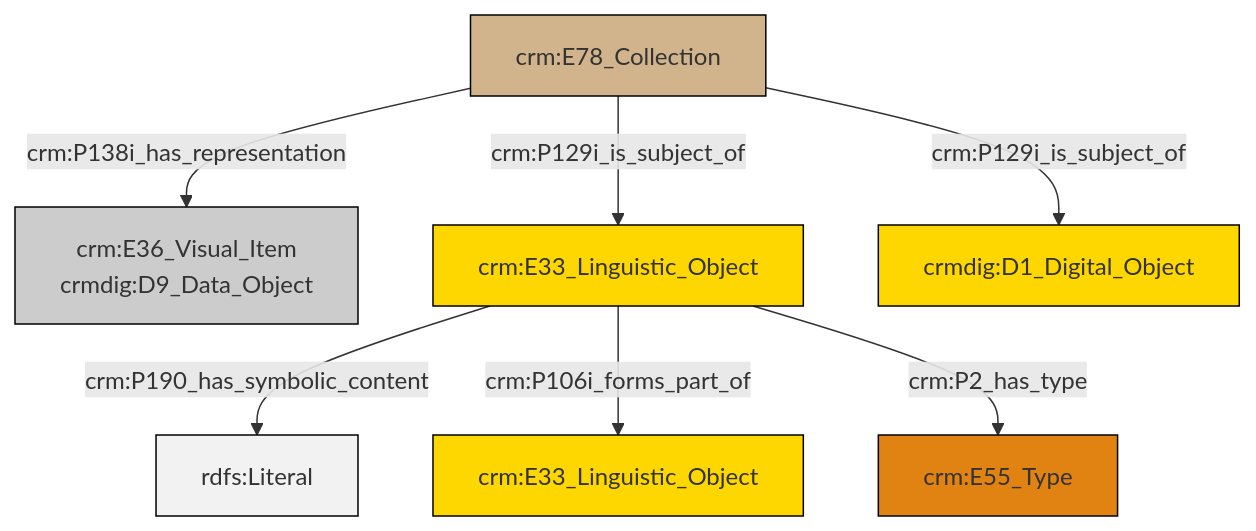
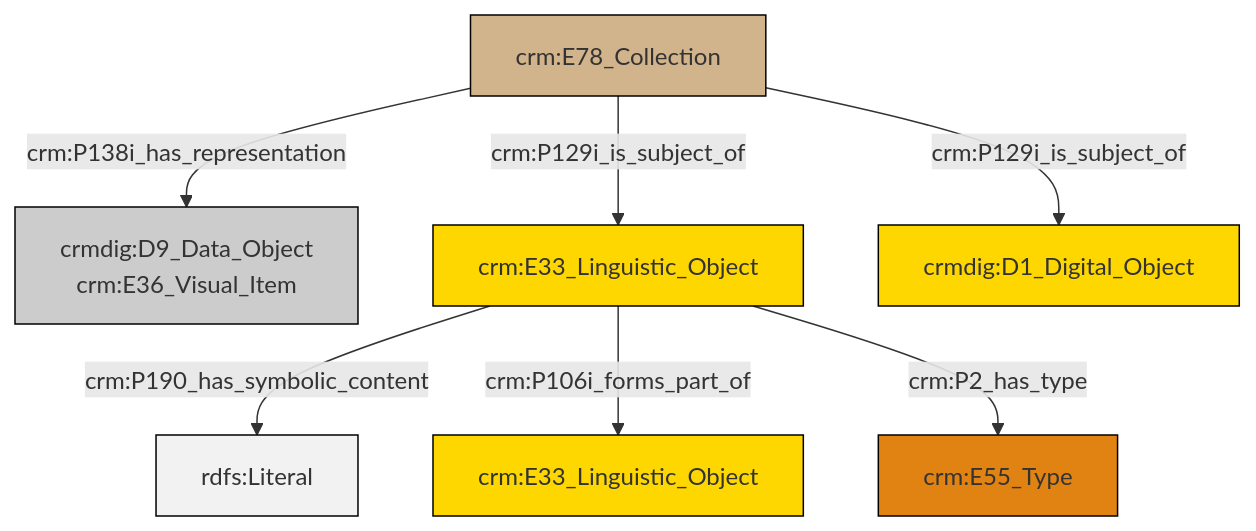
Before and after one commit to swiss-art-research-net/docs.swissartresearch: the diagram in et/archivalCSV/ttl/mmd/archival_docs.ttl.mmd, drawn with Mermaid. The commit also changed 211 other files, not shown here.

```diff
--- a/et/archivalCSV/ttl/mmd/archival_docs.ttl.mmd
+++ b/et/archivalCSV/ttl/mmd/archival_docs.ttl.mmd
@@ -1,21 +1,21 @@
 graph TD
 classDef Literal fill:#f2f2f2,stroke:#000000;
 classDef CRM_Entity fill:#FFFFFF,stroke:#000000;
 classDef Temporal_Entity fill:#00C9E6, stroke:#000000;
 classDef Type fill:#E18312, stroke:#000000;
 classDef Time-Span fill:#2C9C91, stroke:#000000;
 classDef Appellation fill:#FFEB7F, stroke:#000000;
 classDef Place fill:#008836, stroke:#000000;
 classDef Persistent_Item fill:#B266B2, stroke:#000000;
 classDef Conceptual_Object fill:#FFD700, stroke:#000000;
 classDef Physical_Thing fill:#D2B48C, stroke:#000000;
 classDef Actor fill:#f58aad, stroke:#000000;
 classDef PC_Classes fill:#4ce600, stroke:#000000;
 classDef Multi fill:#cccccc,stroke:#000000;
 
-5["crm:E78_Collection"]:::Physical_Thing -->|crm:P138i_has_representation| 2["crm:E36_Visual_Item<br>crmdig:D9_Data_Object"]:::Multi
-6["crm:E33_Linguistic_Object"]:::Conceptual_Object -->|crm:P190_has_symbolic_content| 7[rdfs:Literal]:::Literal
-6["crm:E33_Linguistic_Object"]:::Conceptual_Object -->|crm:P106i_forms_part_of| 0["crm:E33_Linguistic_Object"]:::Conceptual_Object
-6["crm:E33_Linguistic_Object"]:::Conceptual_Object -->|crm:P2_has_type| 8["crm:E55_Type"]:::Type
-5["crm:E78_Collection"]:::Physical_Thing -->|crm:P129i_is_subject_of| 6["crm:E33_Linguistic_Object"]:::Conceptual_Object
-5["crm:E78_Collection"]:::Physical_Thing -->|crm:P129i_is_subject_of| 13["crmdig:D1_Digital_Object"]:::Conceptual_Object
+0["crm:E78_Collection"]:::Physical_Thing -->|crm:P129i_is_subject_of| 7["crmdig:D1_Digital_Object"]:::Conceptual_Object
+4["crm:E33_Linguistic_Object"]:::Conceptual_Object -->|crm:P190_has_symbolic_content| 8[rdfs:Literal]:::Literal
+0["crm:E78_Collection"]:::Physical_Thing -->|crm:P138i_has_representation| 2["crmdig:D9_Data_Object<br>crm:E36_Visual_Item"]:::Multi
+0["crm:E78_Collection"]:::Physical_Thing -->|crm:P129i_is_subject_of| 4["crm:E33_Linguistic_Object"]:::Conceptual_Object
+4["crm:E33_Linguistic_Object"]:::Conceptual_Object -->|crm:P106i_forms_part_of| 9["crm:E33_Linguistic_Object"]:::Conceptual_Object
+4["crm:E33_Linguistic_Object"]:::Conceptual_Object -->|crm:P2_has_type| 11["crm:E55_Type"]:::Type
```
